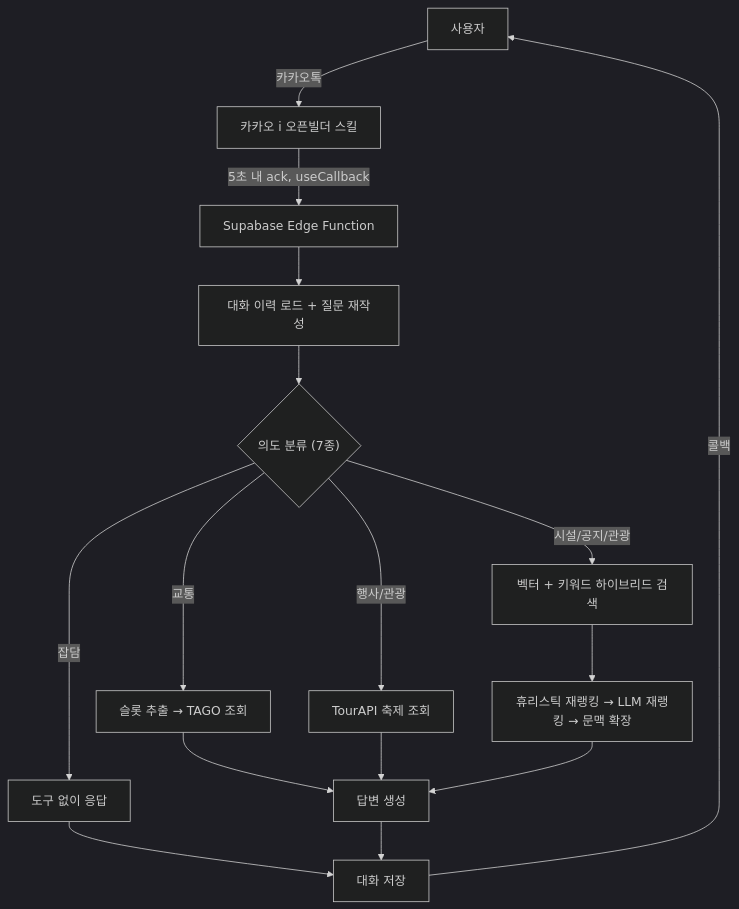
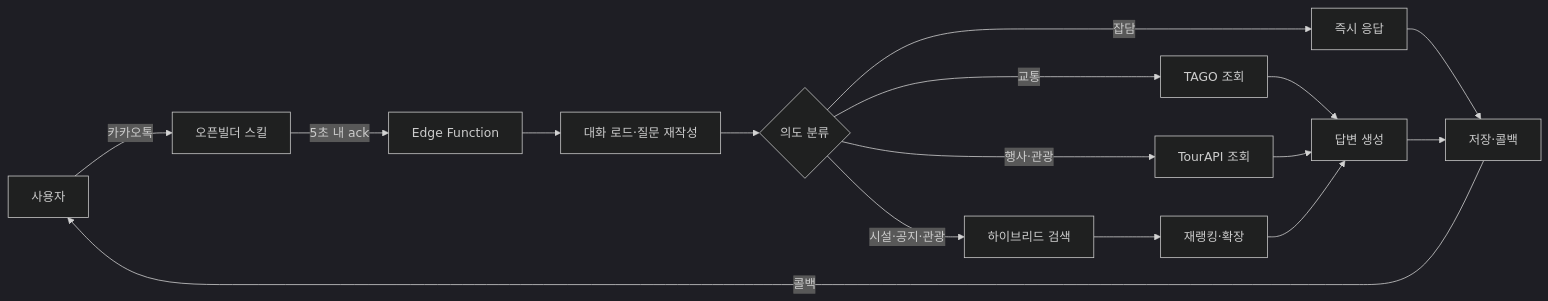
The diagram in README.md (jsh0611/g-chat), drawn with Mermaid (dark theme) before and after one commit.

Commit message:
아키텍처 다이어그램을 LR 방향으로 변경해 한 화면에 들어오도록 조정

````diff
--- a/README.md
+++ b/README.md
@@ -21,18 +21,18 @@
 ```mermaid
-flowchart TD
-    U["사용자"] -->|카카오톡| K["카카오 i 오픈빌더 스킬"]
-    K -->|5초 내 ack, useCallback| E["Supabase Edge Function"]
-    E --> H["대화 이력 로드 + 질문 재작성"]
-    H --> I{"의도 분류 (7종)"}
-    I -->|잡담| C["도구 없이 응답"]
-    I -->|교통| T["슬롯 추출 → TAGO 조회"]
-    I -->|행사/관광| F["TourAPI 축제 조회"]
-    I -->|시설/공지/관광| R["벡터 + 키워드 하이브리드 검색"]
-    R --> RR["휴리스틱 재랭킹 → LLM 재랭킹 → 문맥 확장"]
+flowchart LR
+    U["사용자"] -->|카카오톡| K["오픈빌더 스킬"]
+    K -->|5초 내 ack| E["Edge Function"]
+    E --> H["대화 로드·질문 재작성"]
+    H --> I{"의도 분류"}
+    I -->|잡담| C["즉시 응답"]
+    I -->|교통| T["TAGO 조회"]
+    I -->|행사·관광| F["TourAPI 조회"]
+    I -->|시설·공지·관광| R["하이브리드 검색"]
+    R --> RR["재랭킹·확장"]
     T --> G["답변 생성"]
     F --> G
     RR --> G
-    C --> S["대화 저장"]
+    C --> S["저장·콜백"]
     G --> S
     S -->|콜백| U
 ```
````
